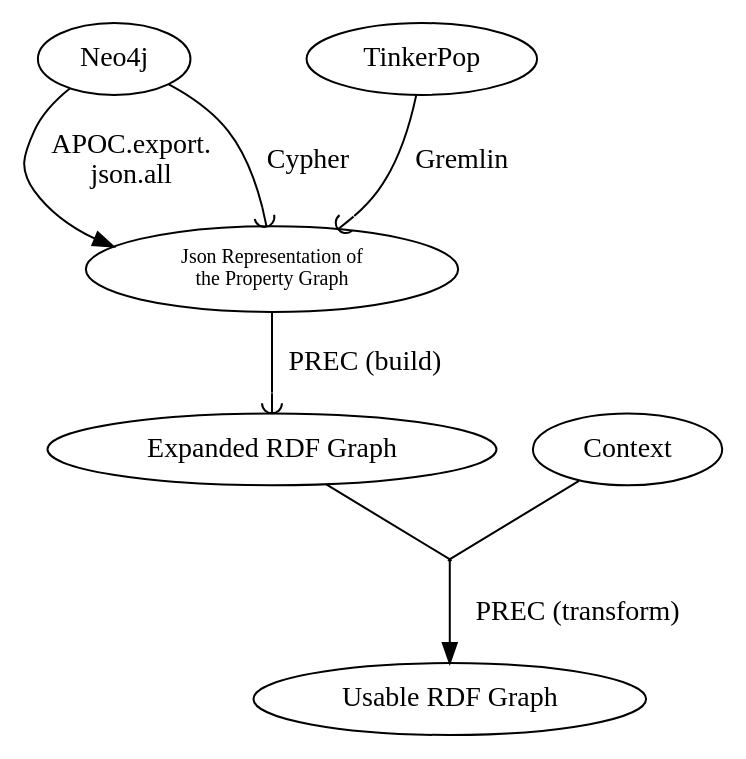
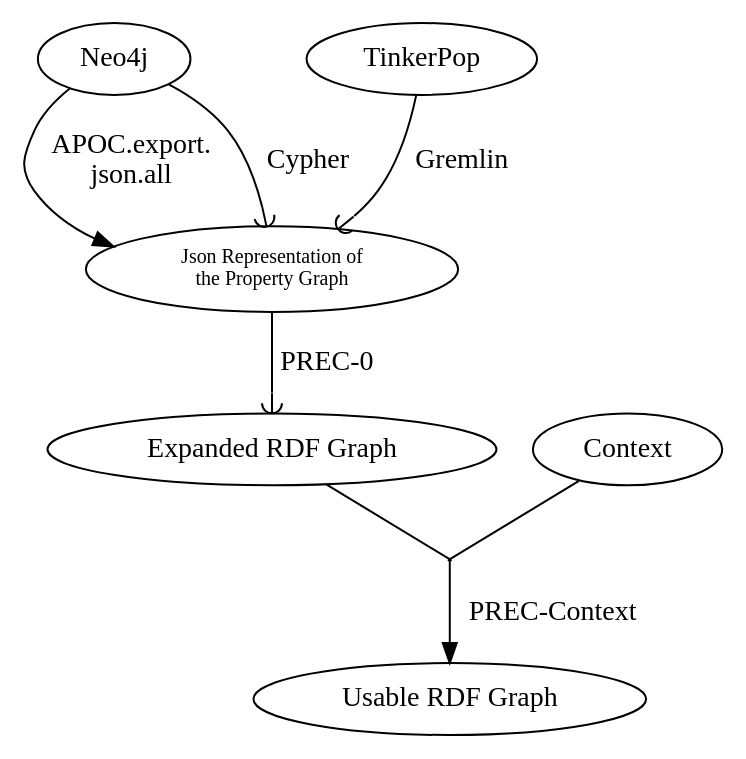
One commit to BruJu/PREC changed the diagram in doc/general_process.dot. Above: the diagram before and after it, drawn with Graphviz. The commit also changed 3 other files, not shown here.

```diff
--- a/doc/general_process.dot
+++ b/doc/general_process.dot
@@ -1,25 +1,25 @@
 digraph G {
     
     {
         rank=same;
         rank=min;
         Neo4j, TinkerPop
     }
   
   TinkerPop ->"Json Representation of\nthe Property Graph" [ label="Gremlin", arrowhead="curve" ] 
   
   Neo4j -> "Json Representation of\nthe Property Graph" [label="APOC.export.\njson.all"] ;
   Neo4j -> "Json Representation of\nthe Property Graph" [label="Cypher", arrowhead="curve"] ;
   
   
   "Json Representation of\nthe Property Graph" [fontsize = 10]
   
-  "Json Representation of\nthe Property Graph" -> "Expanded RDF Graph" [label="PREC (build)", arrowhead="curve"] ;
+  "Json Representation of\nthe Property Graph" -> "Expanded RDF Graph" [label="PREC-0", arrowhead="curve"] ;
   
   "Context" -> "blanknode" [dir=none];
   "Expanded RDF Graph" -> "blanknode" [dir=none];
-  "blanknode" -> "Usable RDF Graph" [label="PREC (transform)"] ;
+  "blanknode" -> "Usable RDF Graph" [label="PREC-Context"] ;
   
   
   "blanknode" [shape=diamond,style=filled,label="",height=.0,width=.0] ;
 }
```
